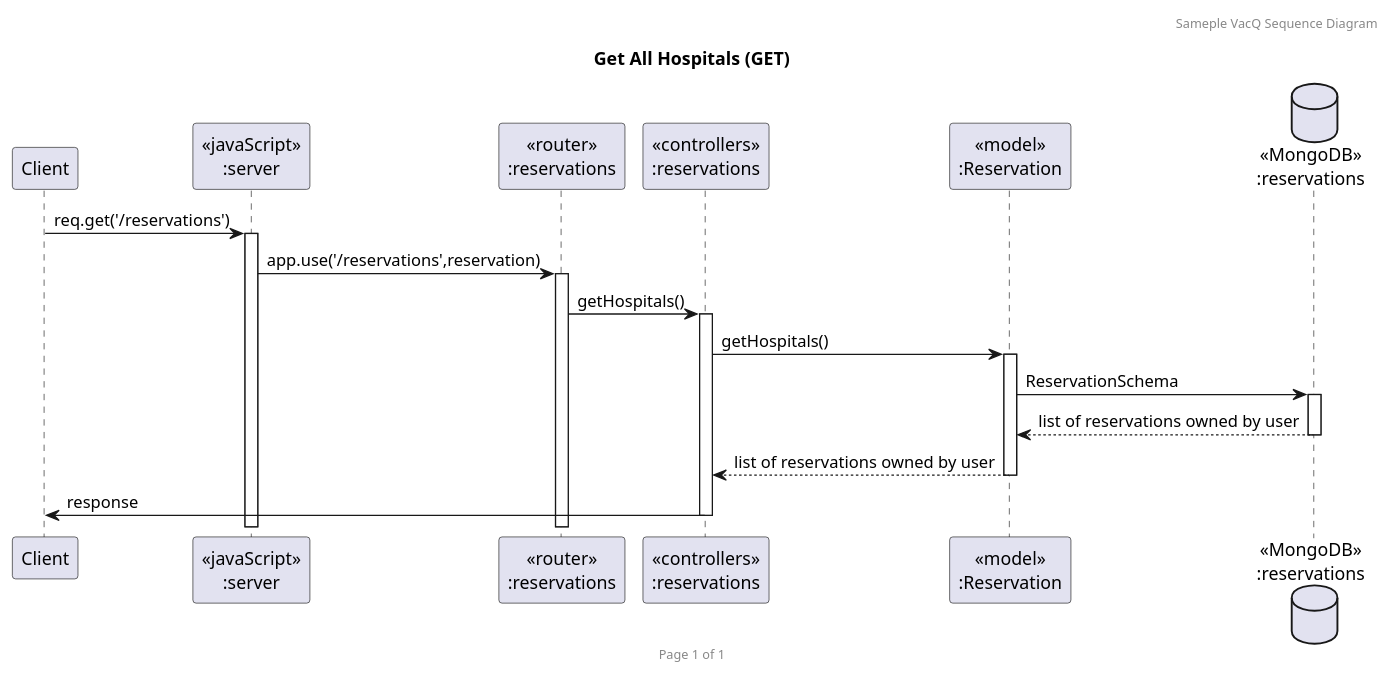
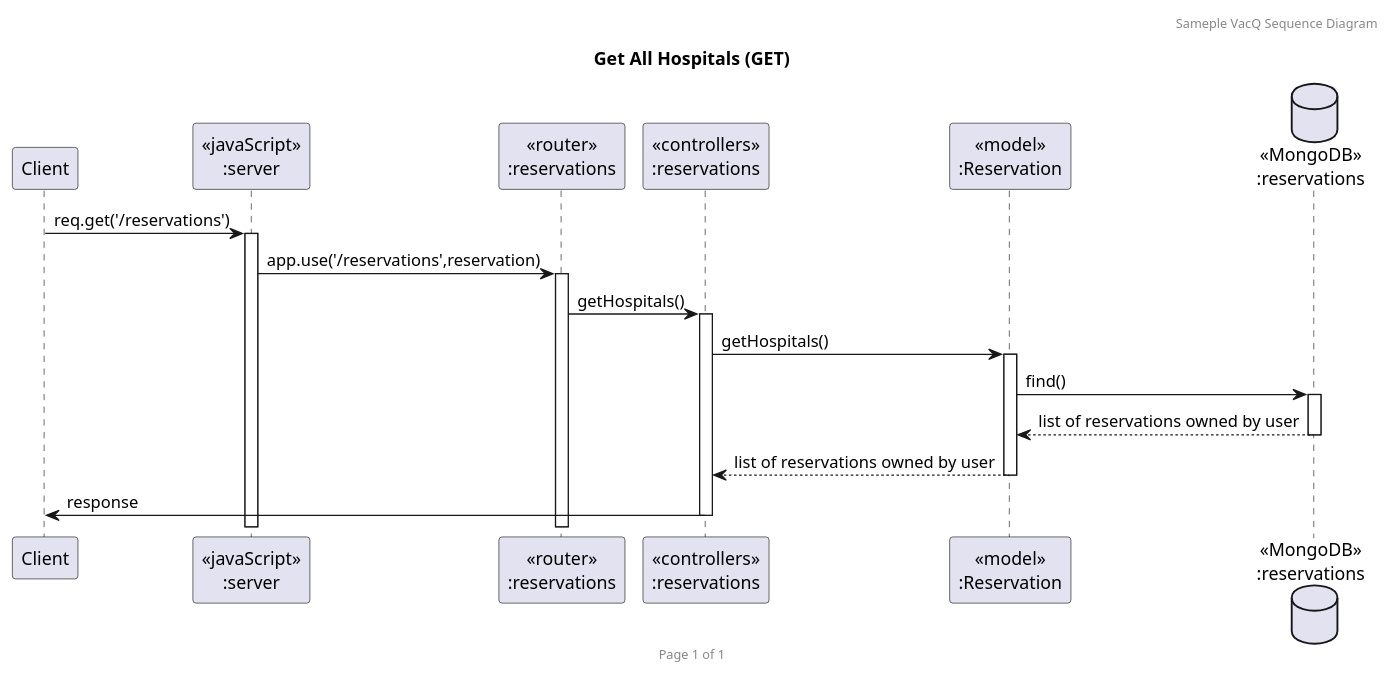
Before and after one commit to GavinITP/co-working-space-reservation: the diagram in uml/coWorking_reservation_getall.puml, drawn with PlantUML. The commit also changed 4 other files, not shown here.

```diff
--- a/uml/coWorking_reservation_getall.puml
+++ b/uml/coWorking_reservation_getall.puml
@@ -1,23 +1,23 @@
 @startuml Get All Hospitals (GET)
 
 header Sameple VacQ Sequence Diagram
 footer Page %page% of %lastpage%
 title "Get All Hospitals (GET)"
 
 participant "Client" as client
 participant "<<javaScript>>\n:server" as server
 participant "<<router>>\n:reservations" as routerReservation
 participant "<<controllers>>\n:reservations" as controllersReservation
 participant "<<model>>\n:Reservation" as modelReservation
 database "<<MongoDB>>\n:reservations" as ReservationDatabase
 
 client->server ++:req.get('/reservations')
 server->routerReservation ++:app.use('/reservations',reservation)
 routerReservation -> controllersReservation ++:getHospitals()
 controllersReservation->modelReservation ++:getHospitals()
-modelReservation ->ReservationDatabase ++: ReservationSchema
+modelReservation ->ReservationDatabase ++: find()
 ReservationDatabase --> modelReservation --: list of reservations owned by user
 controllersReservation <-- modelReservation --:list of reservations owned by user
 controllersReservation->client --:response
 
 @enduml
```
